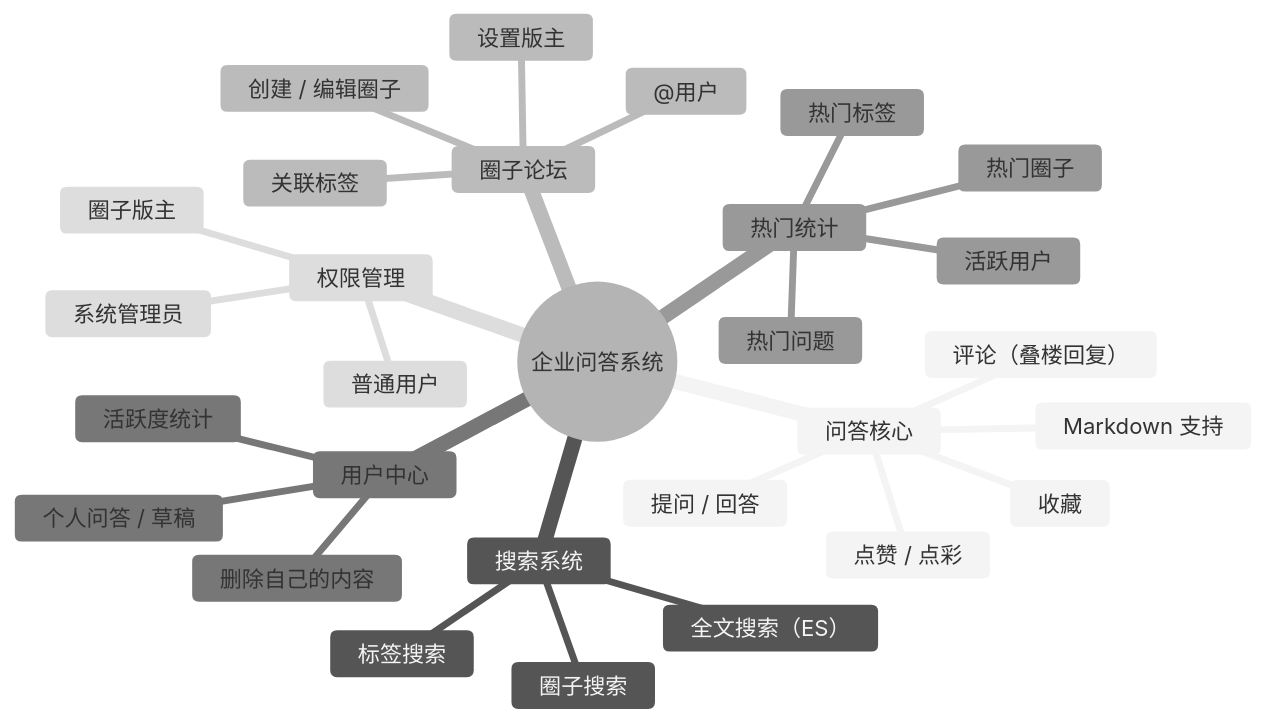
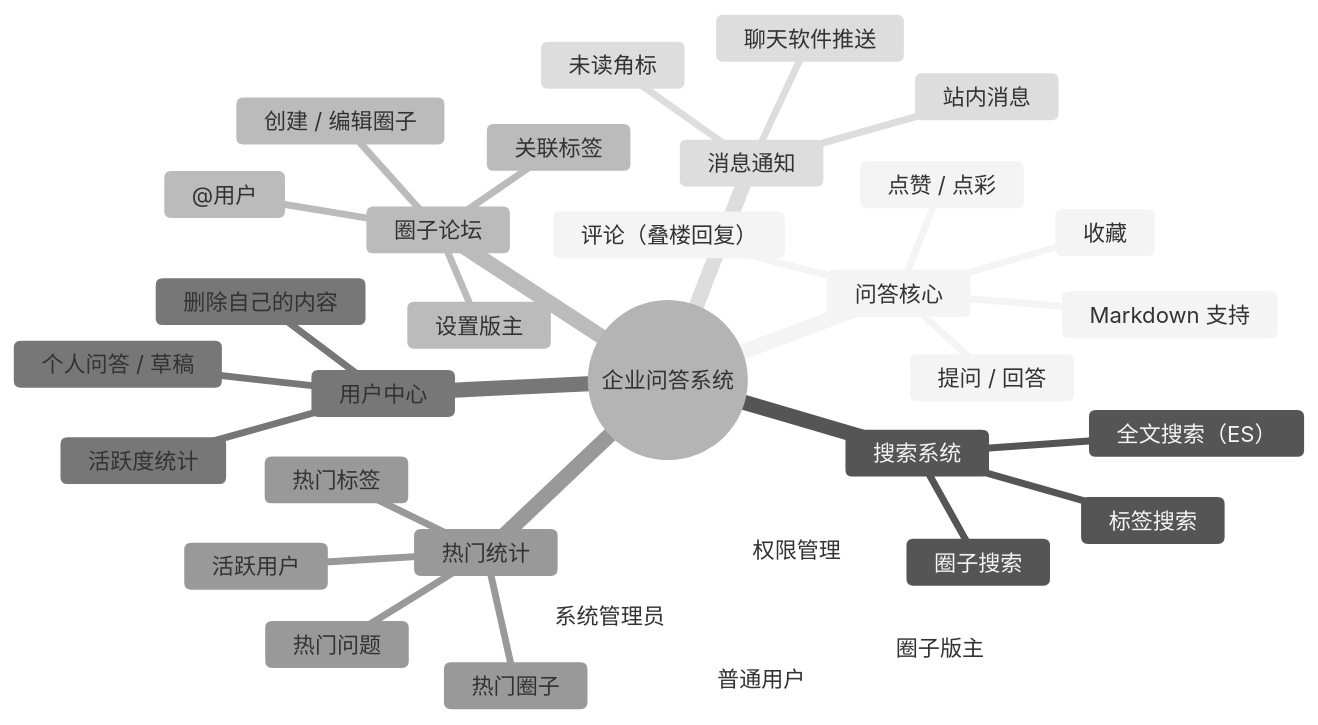
The first of 2 diagrams in 10-project-experience/00-项目概览.md (b1tzer/b1tzer.github.io), drawn with Mermaid (neutral theme) before and after one commit. The commit also changed other lines of this file and 31 other files, not shown here.

````diff
--- a/10-project-experience/00-项目概览.md
+++ b/10-project-experience/00-项目概览.md
@@ -21,32 +21,36 @@
 ```mermaid
 mindmap
   root((企业问答系统))
     问答核心
       提问 / 回答
       点赞 / 点彩
       评论（叠楼回复）
       收藏
       Markdown 支持
     搜索系统
       全文搜索（ES）
       标签搜索
       圈子搜索
     圈子论坛
       创建 / 编辑圈子
       设置版主
       关联标签
       @用户
     用户中心
       个人问答 / 草稿
       活跃度统计
       删除自己的内容
     热门统计
       热门问题
       热门标签
       热门圈子
       活跃用户
+    消息通知
+      站内消息
+      聊天软件推送
+      未读角标
     权限管理
       普通用户
       圈子版主
       系统管理员
 ```
````
